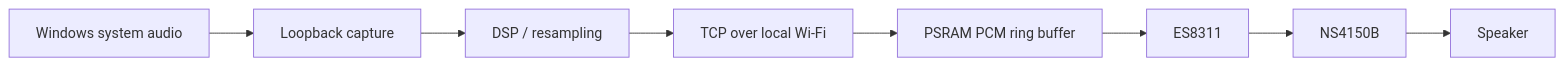
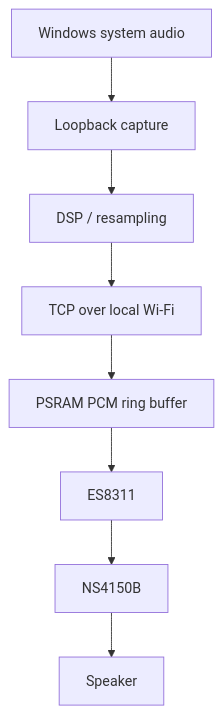
Before and after one commit to hasan-bukhari-dev/ESPCube: the second of 5 diagrams in README.md, drawn with Mermaid. The commit also changed other lines of this file, not shown here.

````diff
--- a/README.md
+++ b/README.md
@@ -146,10 +156,19 @@
 ```mermaid
-flowchart LR
-    WIN["Windows system audio"] --> CAP["Loopback capture"]
-    CAP --> DSP["DSP / resampling"]
-    DSP --> TCP["TCP over local Wi-Fi"]
-    TCP --> RB["PSRAM PCM ring buffer"]
-    RB --> CODEC["ES8311"]
-    CODEC --> AMP["NS4150B"]
-    AMP --> SPK["Speaker"]
+flowchart TD
+    WIN["Windows system audio"]
+    CAP["Loopback capture"]
+    DSP["DSP / resampling"]
+    TCP["TCP over local Wi-Fi"]
+    RB["PSRAM PCM ring buffer"]
+    CODEC["ES8311"]
+    AMP["NS4150B"]
+    SPK["Speaker"]
+
+    WIN --> CAP
+    CAP --> DSP
+    DSP --> TCP
+    TCP --> RB
+    RB --> CODEC
+    CODEC --> AMP
+    AMP --> SPK
 ```
````
